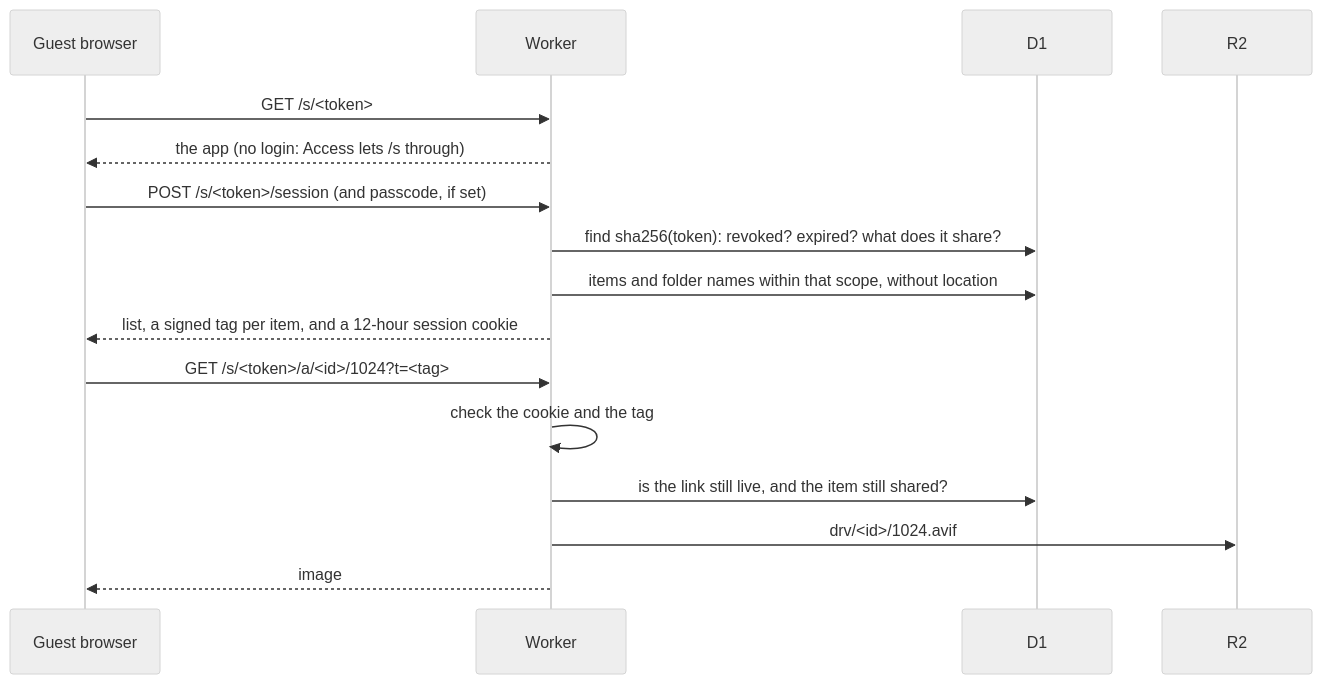
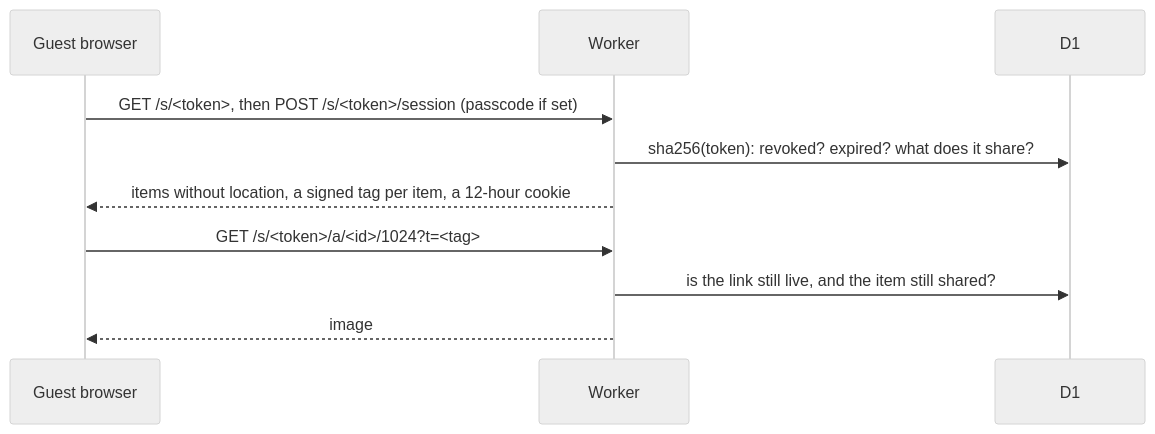
One commit to Sakthibats/ImageRepo changed the fourth of 4 diagrams in README.md. Above: the diagram before and after it, drawn with Mermaid (neutral theme). The commit also changed other lines of this file and 3 other files, not shown here.

First line of the commit message:
Docs: the browser + service flow, without the CLI

````diff
--- a/README.md
+++ b/README.md
@@ -213,19 +136,12 @@
 ```mermaid
 sequenceDiagram
   participant G as Guest browser
   participant W as Worker
   participant D1
-  participant R2
-
-  G->>W: GET /s/<token>
-  W-->>G: the app (no login: Access lets /s through)
-  G->>W: POST /s/<token>/session (and passcode, if set)
-  W->>D1: find sha256(token): revoked? expired? what does it share?
-  W->>D1: items and folder names within that scope, without location
-  W-->>G: list, a signed tag per item, and a 12-hour session cookie
+  G->>W: GET /s/<token>, then POST /s/<token>/session (passcode if set)
+  W->>D1: sha256(token): revoked? expired? what does it share?
+  W-->>G: items without location, a signed tag per item, a 12-hour cookie
   G->>W: GET /s/<token>/a/<id>/1024?t=<tag>
-  W->>W: check the cookie and the tag
   W->>D1: is the link still live, and the item still shared?
-  W->>R2: drv/<id>/1024.avif
   W-->>G: image
 ```
````
